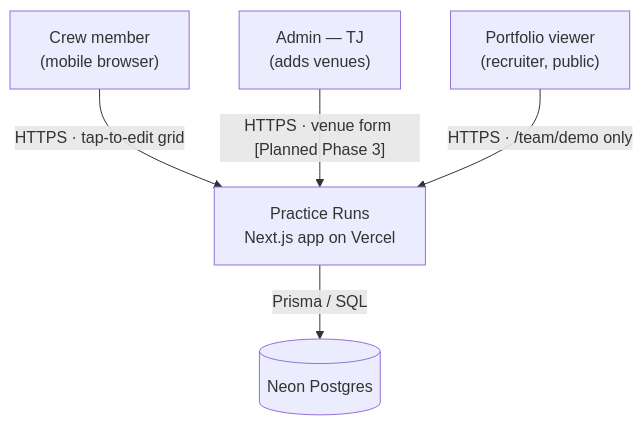
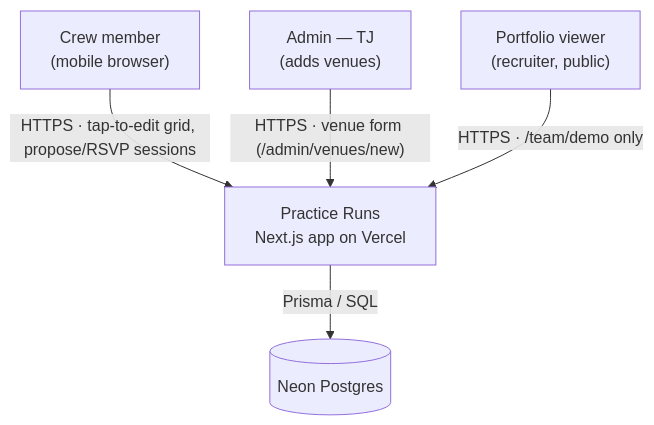
Before and after one commit to tmdbah/practice-runs: the first of 11 diagrams in context/practiceRuns-Architecture.md, drawn with Mermaid. The commit also changed other lines of this file and 3 other files, not shown here.

````diff
--- a/context/practiceRuns-Architecture.md
+++ b/context/practiceRuns-Architecture.md
@@ -29,14 +29,14 @@
 ```mermaid
 graph TB
     Player["Crew member<br/>(mobile browser)"]
     Admin["Admin — TJ<br/>(adds venues)"]
     Recruiter["Portfolio viewer<br/>(recruiter, public)"]
 
     App["Practice Runs<br/>Next.js app on Vercel"]
     DB[("Neon Postgres")]
 
-    Player -->|"HTTPS · tap-to-edit grid"| App
-    Admin -->|"HTTPS · venue form [Planned Phase 3]"| App
+    Player -->|"HTTPS · tap-to-edit grid, propose/RSVP sessions"| App
+    Admin -->|"HTTPS · venue form (/admin/venues/new)"| App
     Recruiter -->|"HTTPS · /team/demo only"| App
     App -->|"Prisma / SQL"| DB
 ```
````
